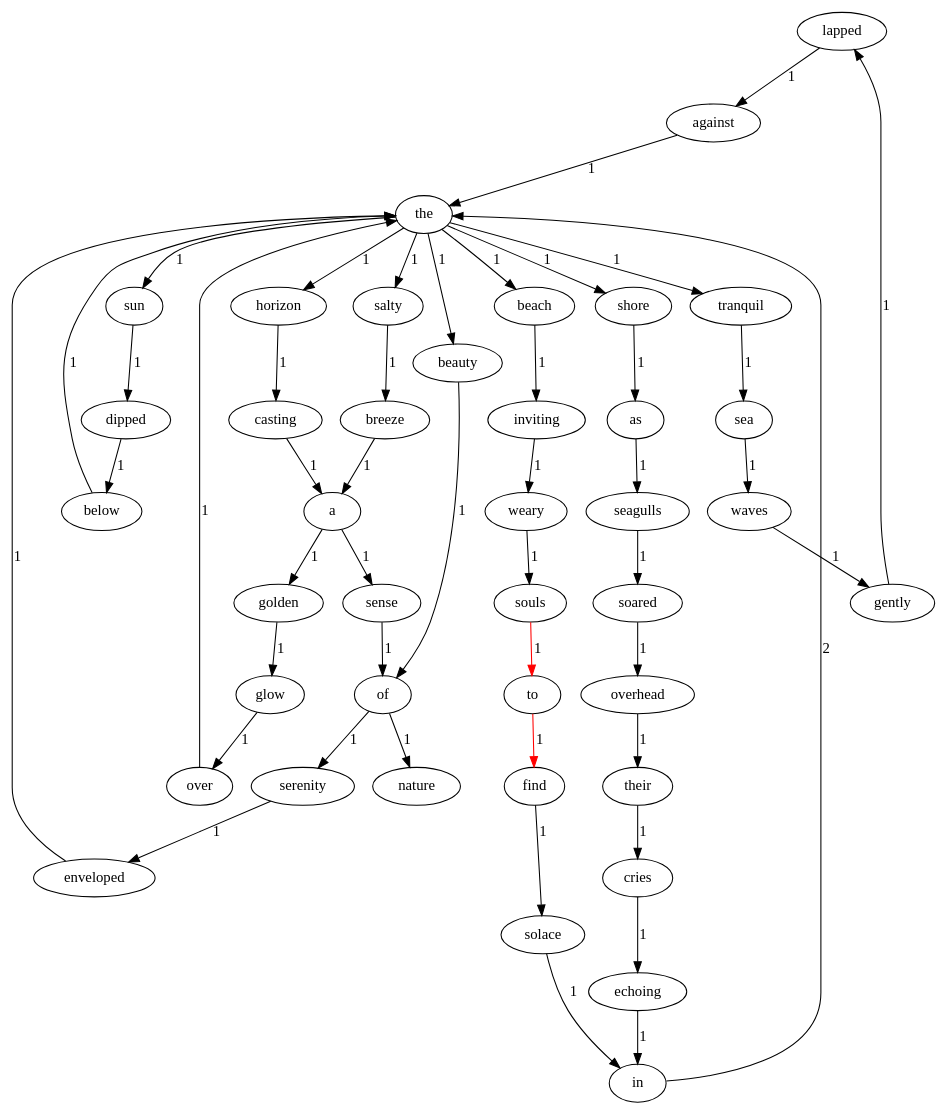
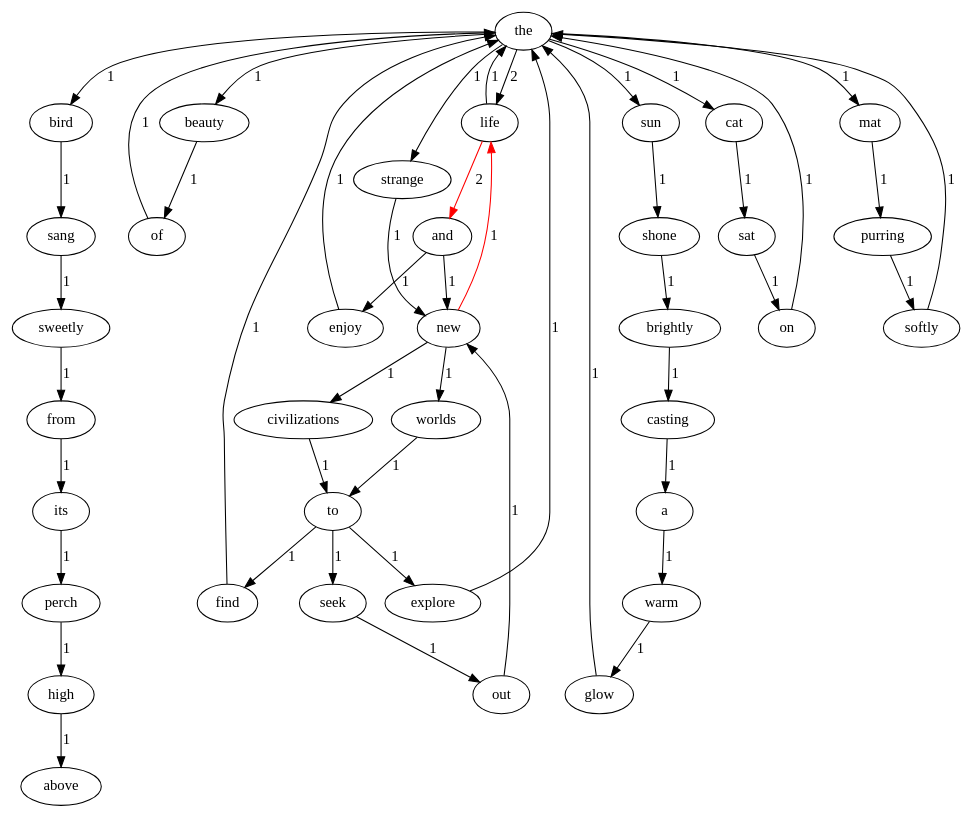
The diagram in result/marked_graph_all.dot (worldofmathematics/Lab1-2021113314), drawn with Graphviz before and after one commit. The commit also changed 24 other files, not shown here.

```diff
--- a/result/marked_graph_all.dot
+++ b/result/marked_graph_all.dot
@@ -1,49 +1,49 @@
 digraph G {
-	lapped -> against [label="1"];
-	serenity -> enveloped [label="1"];
-	dipped -> below [label="1"];
+	sweetly -> from [label="1"];
+	worlds -> to [label="1"];
 	beauty -> of [label="1"];
-	against -> the [label="1"];
-	their -> cries [label="1"];
-	enveloped -> the [label="1"];
-	sun -> dipped [label="1"];
-	sea -> waves [label="1"];
-	find -> solace [label="1"];
-	of -> serenity [label="1"];
-	of -> nature [label="1"];
-	golden -> glow [label="1"];
+	brightly -> casting [label="1"];
+	enjoy -> the [label="1"];
+	seek -> out [label="1"];
+	sun -> shone [label="1"];
+	life -> the [label="1"];
+	life -> and [label="2"] [color=red];
+	out -> new [label="1"];
+	high -> above [label="1"];
+	and -> new [label="1"];
+	and -> enjoy [label="1"];
+	find -> the [label="1"];
+	of -> the [label="1"];
+	cat -> sat [label="1"];
+	bird -> sang [label="1"];
 	casting -> a [label="1"];
-	over -> the [label="1"];
-	waves -> gently [label="1"];
-	cries -> echoing [label="1"];
-	a -> golden [label="1"];
-	a -> sense [label="1"];
-	salty -> breeze [label="1"];
-	inviting -> weary [label="1"];
-	below -> the [label="1"];
-	in -> the [label="2"];
-	overhead -> their [label="1"];
-	weary -> souls [label="1"];
-	shore -> as [label="1"];
-	souls -> to [label="1"] [color=red];
-	tranquil -> sea [label="1"];
-	sense -> of [label="1"];
-	soared -> overhead [label="1"];
-	breeze -> a [label="1"];
-	echoing -> in [label="1"];
-	the -> salty [label="1"];
-	the -> horizon [label="1"];
+	from -> its [label="1"];
+	perch -> high [label="1"];
+	civilizations -> to [label="1"];
+	on -> the [label="1"];
+	new -> worlds [label="1"];
+	new -> civilizations [label="1"];
+	new -> life [label="1"] [color=red];
+	mat -> purring [label="1"];
+	purring -> softly [label="1"];
+	a -> warm [label="1"];
+	explore -> the [label="1"];
+	sat -> on [label="1"];
+	its -> perch [label="1"];
+	strange -> new [label="1"];
+	the -> mat [label="1"];
 	the -> beauty [label="1"];
-	the -> beach [label="1"];
-	the -> shore [label="1"];
-	the -> tranquil [label="1"];
+	the -> bird [label="1"];
+	the -> cat [label="1"];
 	the -> sun [label="1"];
-	horizon -> casting [label="1"];
-	as -> seagulls [label="1"];
-	seagulls -> soared [label="1"];
-	gently -> lapped [label="1"];
-	beach -> inviting [label="1"];
-	to -> find [label="1"] [color=red];
-	glow -> over [label="1"];
-	solace -> in [label="1"];
+	the -> life [label="2"];
+	the -> strange [label="1"];
+	warm -> glow [label="1"];
+	sang -> sweetly [label="1"];
+	shone -> brightly [label="1"];
+	to -> explore [label="1"];
+	to -> find [label="1"];
+	to -> seek [label="1"];
+	glow -> the [label="1"];
+	softly -> the [label="1"];
 }
```
